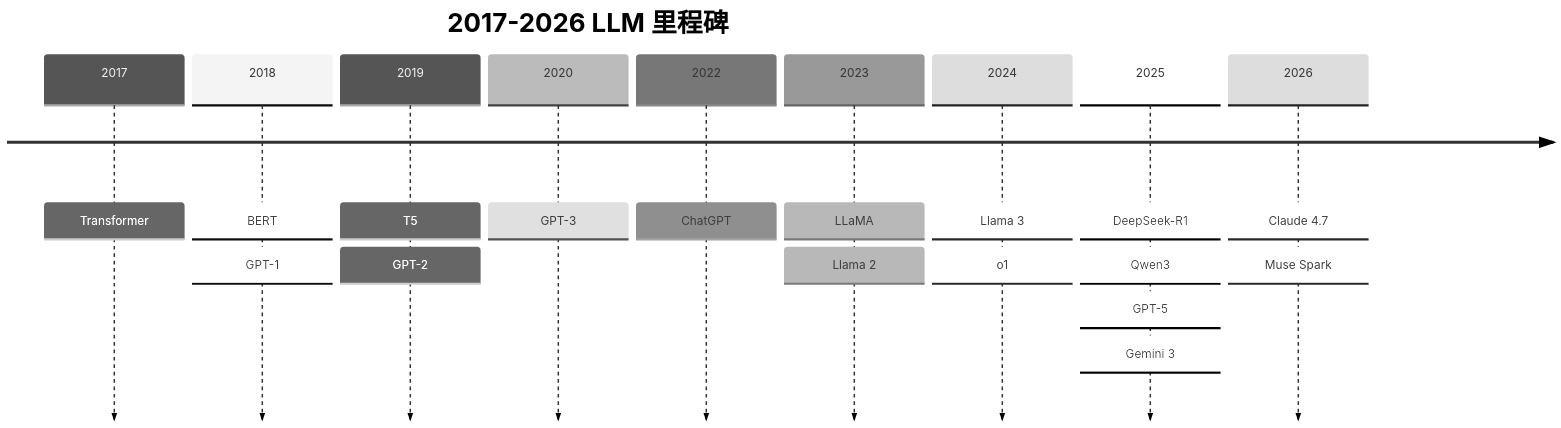
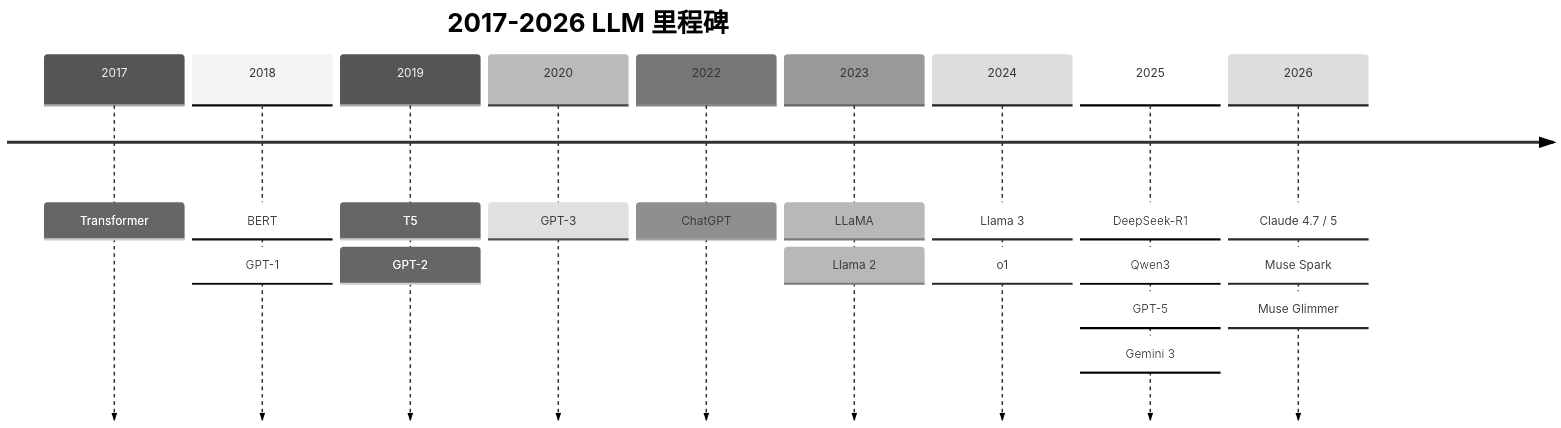
The second of 2 diagrams in part-2-大模型与agent的演进/ch06-llm家族编年史.md (Laughingtt/agentkit), drawn with Mermaid (neutral theme) before and after one commit. The commit also changed other lines of this file and 1 other file, not shown here.

````diff
--- a/part-2-大模型与agent的演进/ch06-llm家族编年史.md
+++ b/part-2-大模型与agent的演进/ch06-llm家族编年史.md
@@ -183,13 +186,13 @@
 ```mermaid
 timeline
     title 2017-2026 LLM 里程碑
     2017 : Transformer
     2018 : BERT : GPT-1
     2019 : T5 : GPT-2
     2020 : GPT-3
     2022 : ChatGPT
     2023 : LLaMA : Llama 2
     2024 : Llama 3 : o1
     2025 : DeepSeek-R1 : Qwen3 : GPT-5 : Gemini 3
-    2026 : Claude 4.7 : Muse Spark
+    2026 : Claude 4.7 / 5 : Muse Spark : Muse Glimmer
 ```
````
